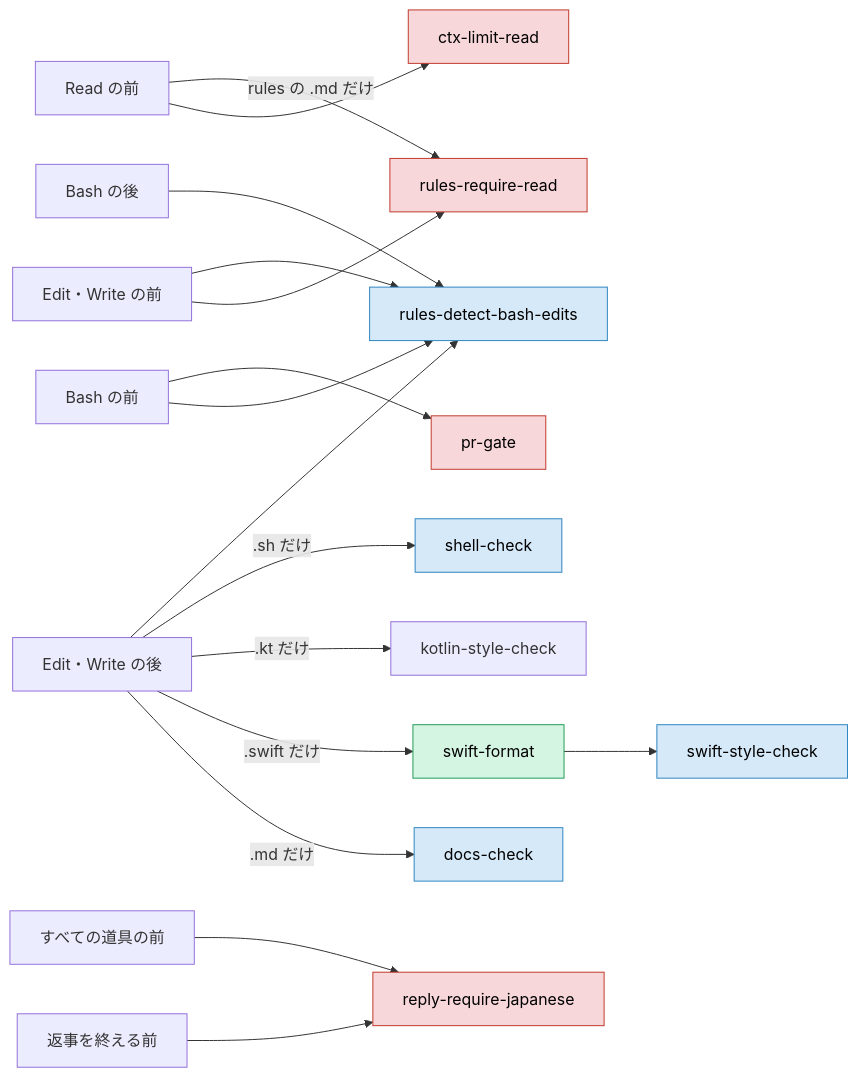
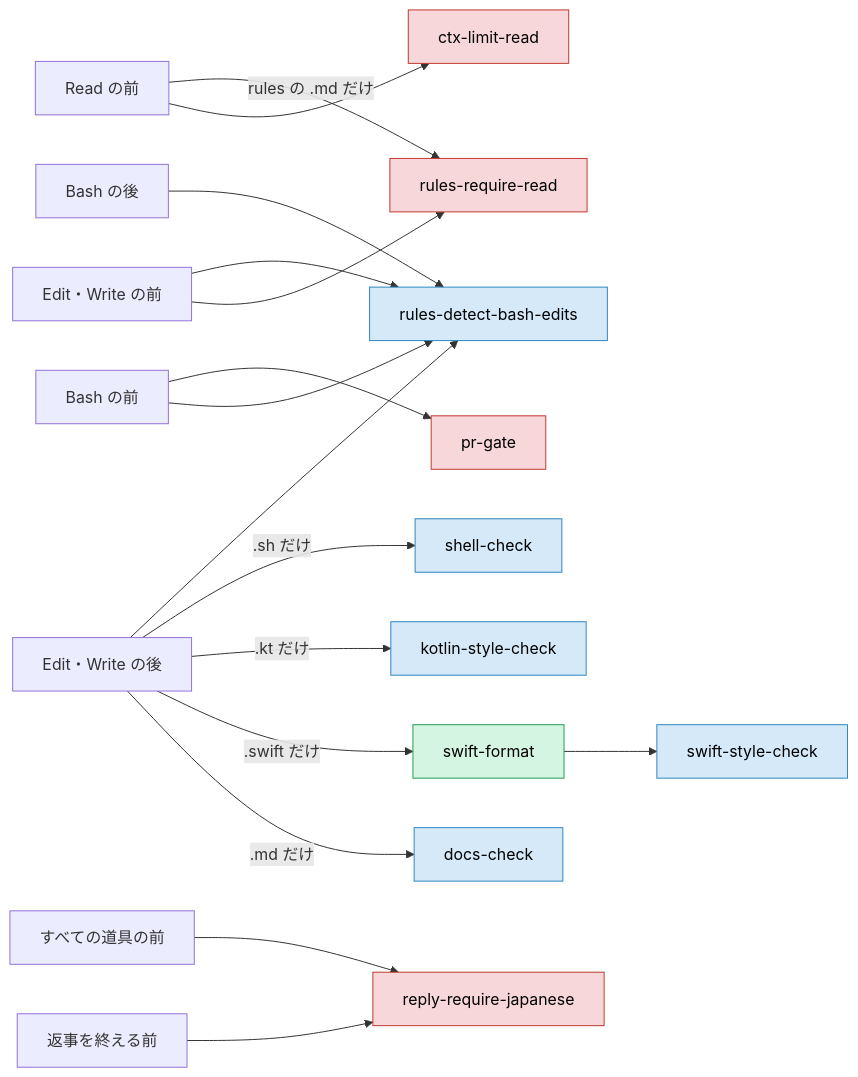
One commit to yossibank/claude-config changed the diagram in docs/usage/components.md. Above: the diagram before and after it, drawn with Mermaid. The commit also changed 5 other files, not shown here.

````diff
--- a/docs/usage/components.md
+++ b/docs/usage/components.md
@@ -33,25 +33,25 @@
 ```mermaid
 flowchart LR
     readBefore["Read の前"] --> limit["ctx-limit-read"]
     readBefore -->|rules の .md だけ| require["rules-require-read"]
     editBefore["Edit・Write の前"] --> require
     editBefore --> detect["rules-detect-bash-edits"]
     editAfter["Edit・Write の後"] -->|.md だけ| docs["docs-check"]
     editAfter -->|.swift だけ| swift["swift-format"]
     swift --> swiftStyle["swift-style-check"]
     editAfter -->|.kt だけ| kotlinStyle["kotlin-style-check"]
     editAfter -->|.sh だけ| shell["shell-check"]
     editAfter --> detect
     bashBefore["Bash の前"] --> detect
     bashBefore --> gate["pr-gate"]
     bashAfter["Bash の後"] --> detect
     stop["返事を終える前"] --> japanese["reply-require-japanese"]
     toolBefore["すべての道具の前"] --> japanese
 
     classDef block fill:#f8d7da,stroke:#c0392b,color:#000
     classDef inform fill:#d6e9f8,stroke:#2e86c1,color:#000
     classDef tidy fill:#d5f5e3,stroke:#239b56,color:#000
     class limit,require,gate,japanese block
-    class docs,swiftStyle,shell,detect inform
+    class docs,kotlinStyle,swiftStyle,shell,detect inform
     class swift tidy
 ```
````
